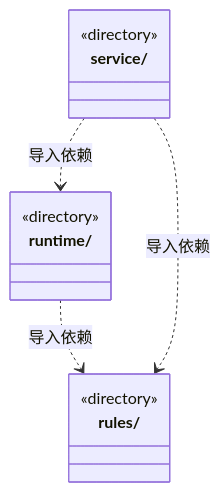
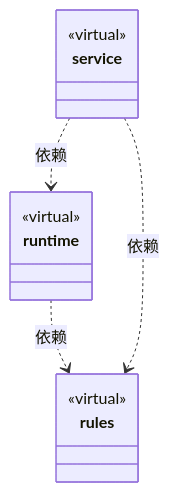
Before and after one commit to nan023062/cbim: the diagram in src/logic/automation/ARCHITECTURE.md, drawn with Mermaid. The commit also changed other lines of this file and 158 other files, not shown here.

Commit message:
docs: model architecture through nested virtual encapsulations

````diff
--- a/src/logic/automation/ARCHITECTURE.md
+++ b/src/logic/automation/ARCHITECTURE.md
@@ -35,15 +17,18 @@
 ```mermaid
 classDiagram
-class N_src_logic_automation_rules["rules/"] {
-  <<directory>>
+class N_8741b1ca976b["rules"] {
+  <<virtual>>
 }
-class N_src_logic_automation_runtime["runtime/"] {
-  <<directory>>
+click N_8741b1ca976b href "rules/ARCHITECTURE.md"
+class N_aadc196189b6["runtime"] {
+  <<virtual>>
 }
-class N_src_logic_automation_service["service/"] {
-  <<directory>>
+click N_aadc196189b6 href "runtime/ARCHITECTURE.md"
+class N_14aa90cf3ec0["service"] {
+  <<virtual>>
 }
-N_src_logic_automation_runtime ..> N_src_logic_automation_rules : 导入依赖
-N_src_logic_automation_service ..> N_src_logic_automation_rules : 导入依赖
-N_src_logic_automation_service ..> N_src_logic_automation_runtime : 导入依赖
+click N_14aa90cf3ec0 href "service/ARCHITECTURE.md"
+N_aadc196189b6 ..> N_8741b1ca976b : 依赖
+N_14aa90cf3ec0 ..> N_8741b1ca976b : 依赖
+N_14aa90cf3ec0 ..> N_aadc196189b6 : 依赖
 ```
````
